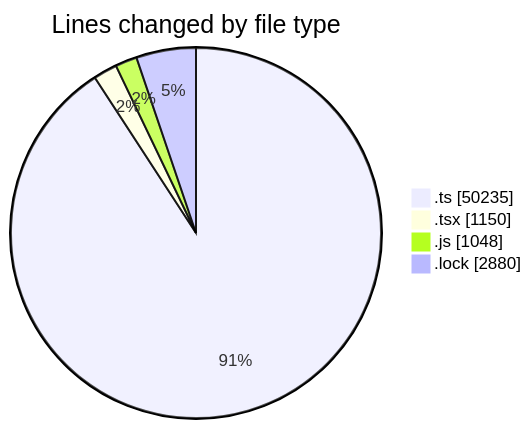
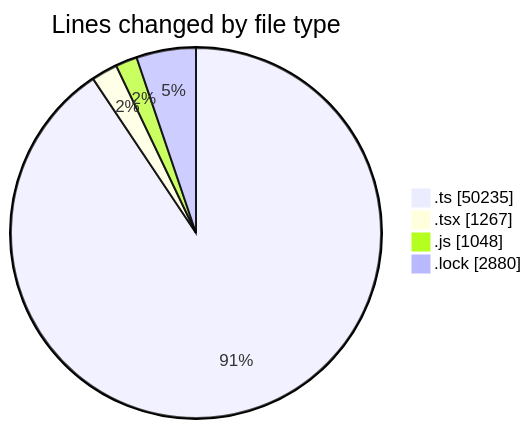
The first of 2 diagrams in 2026-09-11/cda/README.md (momahboobian/code-tracking), drawn with Mermaid before and after one commit. The commit also changed other lines of this file and 1 other file, not shown here.

````diff
--- a/2026-09-11/cda/README.md
+++ b/2026-09-11/cda/README.md
@@ -47,8 +48,8 @@
 ```mermaid
 pie showData
 title Lines changed by file type
 ".ts" : 50235
-".tsx" : 1150
+".tsx" : 1267
 ".js" : 1048
 ".lock" : 2880
 ```
````
